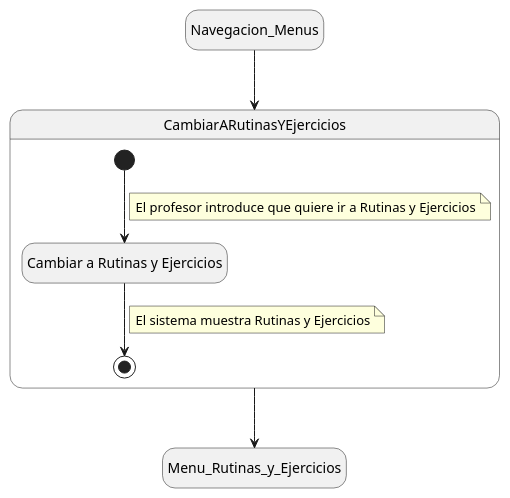
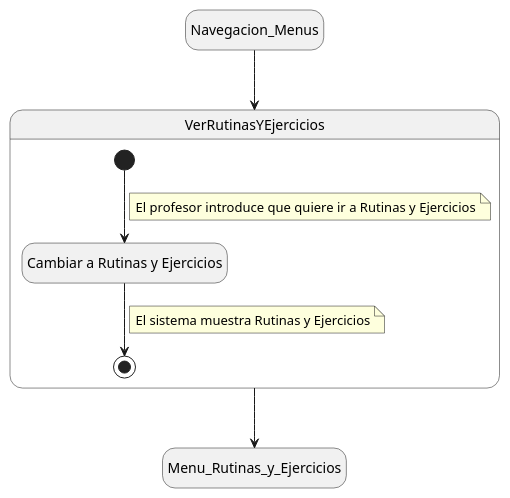
Before and after one commit to mmasias/24-25-IdSw1-SDR: the diagram in Documentos/DetallarCasosDeUso/Profesor/CambiarARutinasYEjercicios.puml, drawn with PlantUML.

Commit message:
Nombre como el caso de uso!!

```diff
--- a/Documentos/DetallarCasosDeUso/Profesor/CambiarARutinasYEjercicios.puml
+++ b/Documentos/DetallarCasosDeUso/Profesor/CambiarARutinasYEjercicios.puml
@@ -1,21 +1,21 @@
-@startuml CambiarARutinasYEjercicios
+@startuml VerRutinasYEjercicios
 hide empty description
 
 state Navegacion_Menus
 state Menu_Rutinas_y_Ejercicios
 
-state CambiarARutinasYEjercicios{
+state VerRutinasYEjercicios{
     state Cambiar as "Cambiar a Rutinas y Ejercicios"
     [*] --> Cambiar
     note on link
         El profesor introduce que quiere ir a Rutinas y Ejercicios
     end note
     Cambiar --> [*]
     note on link
         El sistema muestra Rutinas y Ejercicios
     end note
 }
 
-Navegacion_Menus --> CambiarARutinasYEjercicios
-CambiarARutinasYEjercicios --> Menu_Rutinas_y_Ejercicios
+Navegacion_Menus --> VerRutinasYEjercicios
+VerRutinasYEjercicios --> Menu_Rutinas_y_Ejercicios
 @enduml
```
